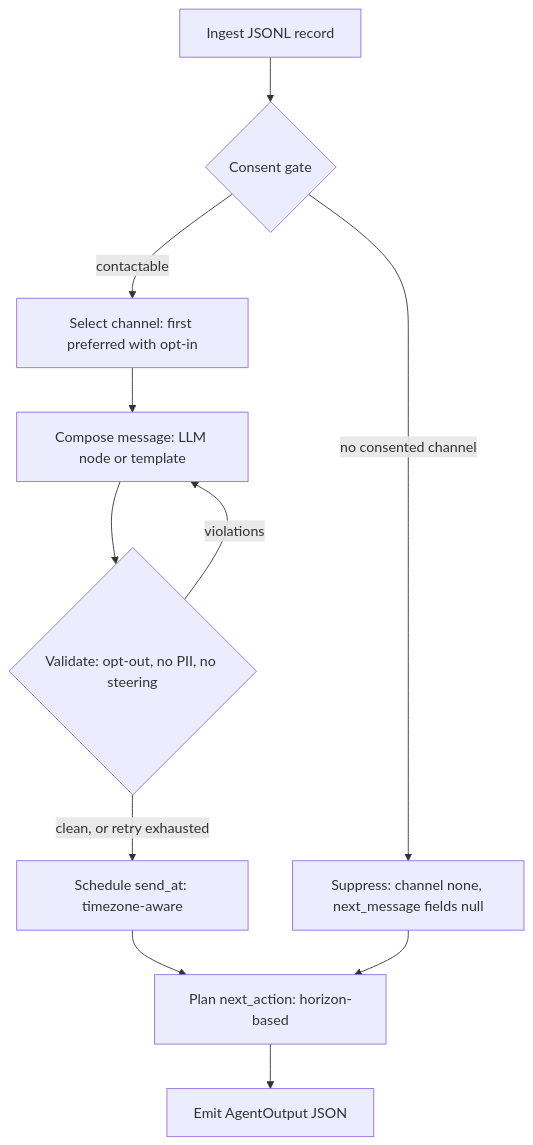
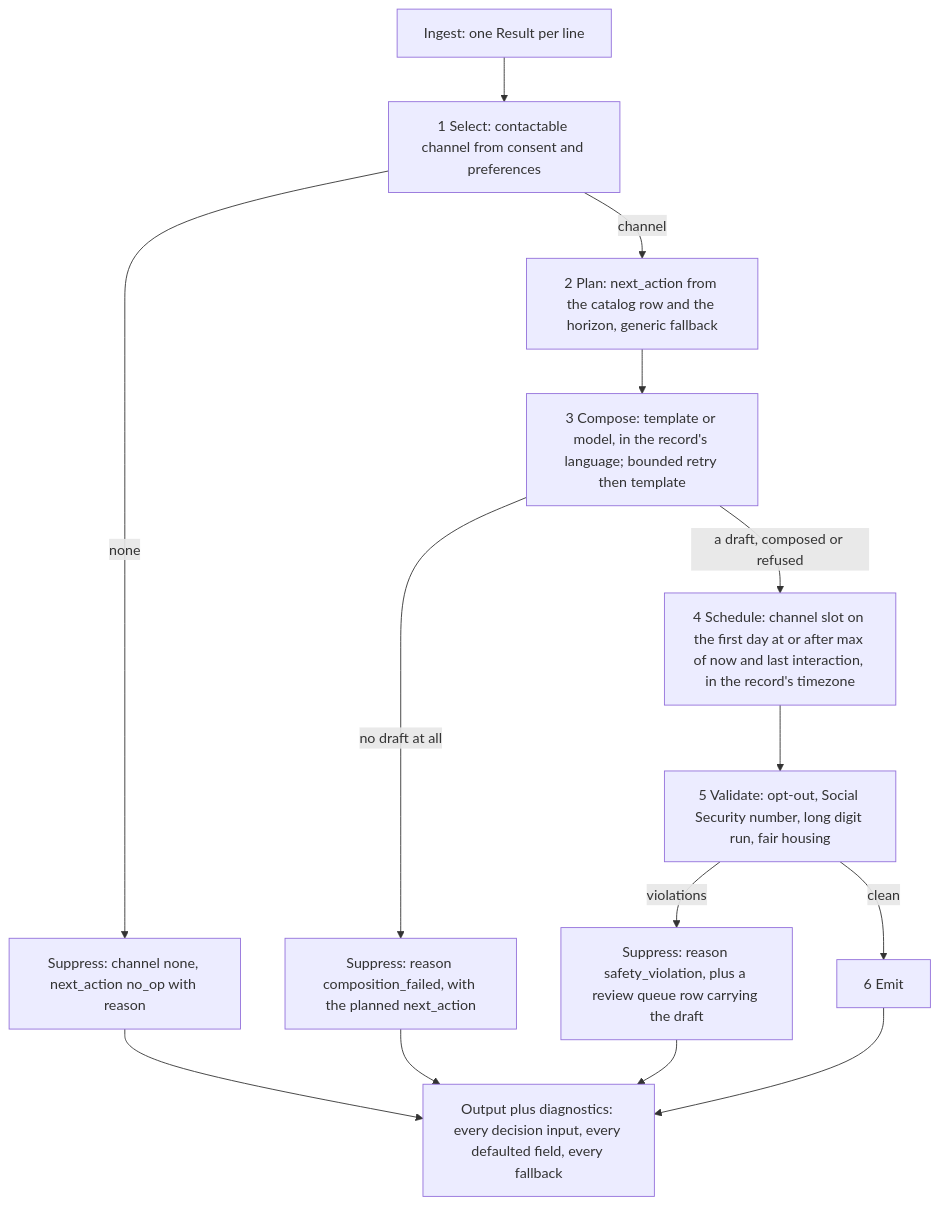
One commit to AndrewVanDelden/RealPagesInterview changed the diagram in README.md. Above: the diagram before and after it, drawn with Mermaid. The commit also changed other lines of this file and 9 other files, not shown here.

````diff
--- a/README.md
+++ b/README.md
@@ -24,13 +24,16 @@
 ```mermaid
 flowchart TD
-    A[Ingest JSONL record] --> B{Consent gate}
-    B -- no consented channel --> S[Suppress: channel none, next_message fields null]
-    B -- contactable --> C[Select channel: first preferred with opt-in]
-    C --> D[Compose message: LLM node or template]
-    D --> E{Validate: opt-out, no PII, no steering}
-    E -- violations --> D
-    E -- clean, or retry exhausted --> F[Schedule send_at: timezone-aware]
-    F --> G[Plan next_action: horizon-based]
-    S --> G
-    G --> H[Emit AgentOutput JSON]
+    A[Ingest: one Result per line] --> B[1 Select: contactable channel from consent and preferences]
+    B -- none --> S[Suppress: channel none, next_action no_op with reason]
+    B -- channel --> C[2 Plan: next_action from the catalog row and the horizon, generic fallback]
+    C --> D[3 Compose: template or model, in the record's language; bounded retry then template]
+    D -- no draft at all --> S2[Suppress: reason composition_failed, with the planned next_action]
+    D -- a draft, composed or refused --> E[4 Schedule: channel slot on the first day at or after max of now and last interaction, in the record's timezone]
+    E --> F[5 Validate: opt-out, Social Security number, long digit run, fair housing]
+    F -- violations --> S3[Suppress: reason safety_violation, plus a review queue row carrying the draft]
+    F -- clean --> G[6 Emit]
+    S --> H[Output plus diagnostics: every decision input, every defaulted field, every fallback]
+    S2 --> H
+    S3 --> H
+    G --> H
 ```
````
